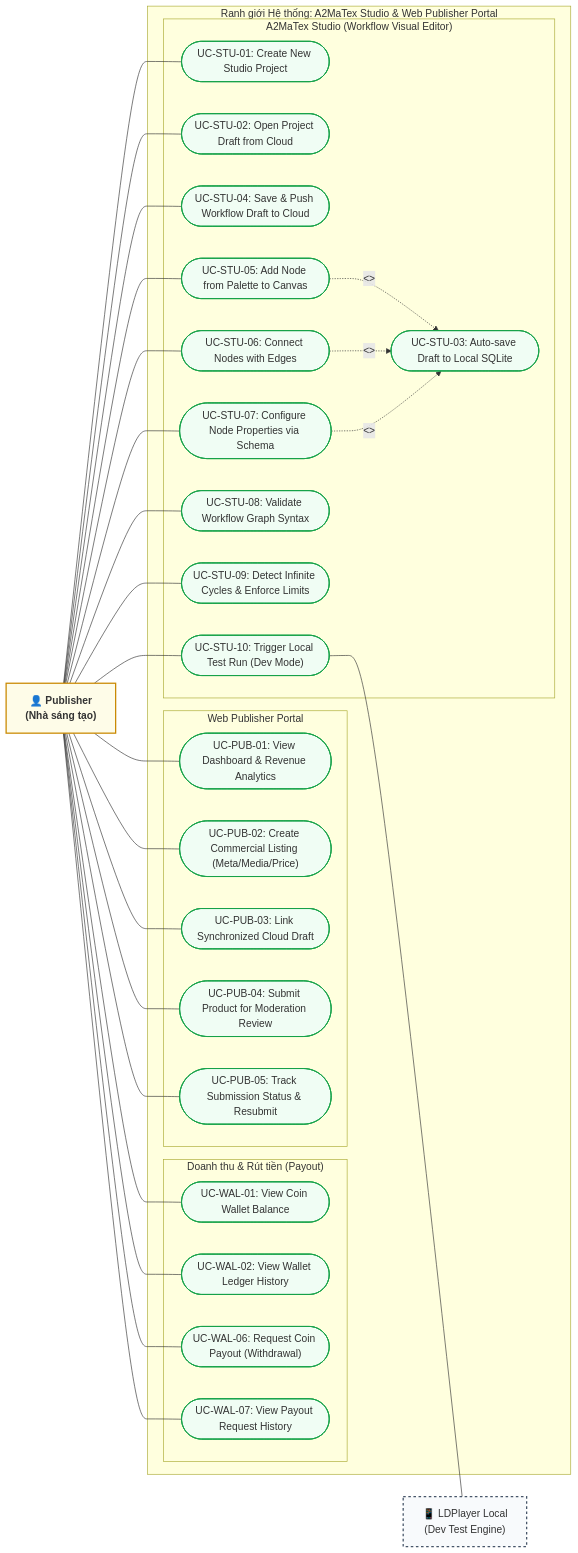
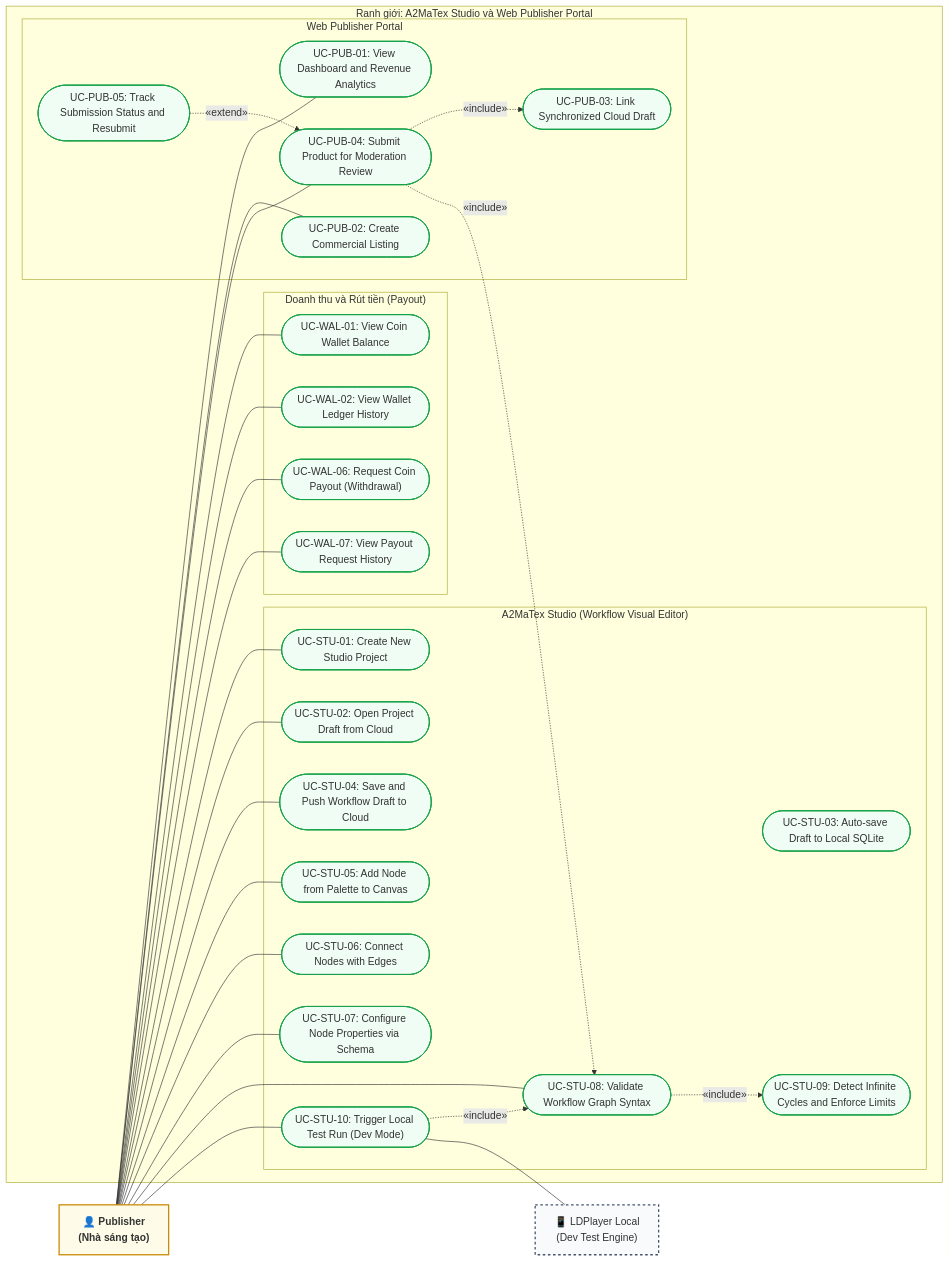
Before and after one commit to A2MaTex/a2matex-khuyentv-share: the fourth of 5 diagrams in A2MATEX_USE_CASE_ASSIGNMENT.md, drawn with Mermaid. The commit also changed other lines of this file and 1 other file, not shown here.

````diff
--- a/A2MATEX_USE_CASE_ASSIGNMENT.md
+++ b/A2MATEX_USE_CASE_ASSIGNMENT.md
@@ -171,65 +250,67 @@
 ```mermaid
 flowchart LR
     classDef actor fill:#fefce8,stroke:#ca8a04,stroke-width:2px,font-weight:bold;
     classDef usecase fill:#f0fdf4,stroke:#16a34a,stroke-width:1.5px;
     classDef external fill:#f8fafc,stroke:#475569,stroke-width:2px,stroke-dasharray: 4 4;
 
     Publisher["👤 Publisher<br>(Nhà sáng tạo)"]:::actor
     LDPlayerDev["📱 LDPlayer Local<br>(Dev Test Engine)"]:::external
 
-    subgraph Boundary_Publisher["Ranh giới Hệ thống: A2MaTex Studio & Web Publisher Portal"]
-        subgraph Group_Pub_Wallet["Doanh thu & Rút tiền (Payout)"]
+    subgraph Boundary_Publisher["Ranh giới: A2MaTex Studio và Web Publisher Portal"]
+        subgraph Group_Pub_Wallet["Doanh thu và Rút tiền (Payout)"]
             UC_WAL_01(["UC-WAL-01: View Coin Wallet Balance"]):::usecase
             UC_WAL_02(["UC-WAL-02: View Wallet Ledger History"]):::usecase
             UC_WAL_06(["UC-WAL-06: Request Coin Payout (Withdrawal)"]):::usecase
             UC_WAL_07(["UC-WAL-07: View Payout Request History"]):::usecase
         end
 
         subgraph Group_Pub_Web["Web Publisher Portal"]
-            UC_PUB_01(["UC-PUB-01: View Dashboard & Revenue Analytics"]):::usecase
-            UC_PUB_02(["UC-PUB-02: Create Commercial Listing (Meta/Media/Price)"]):::usecase
+            UC_PUB_01(["UC-PUB-01: View Dashboard and Revenue Analytics"]):::usecase
+            UC_PUB_02(["UC-PUB-02: Create Commercial Listing"]):::usecase
             UC_PUB_03(["UC-PUB-03: Link Synchronized Cloud Draft"]):::usecase
             UC_PUB_04(["UC-PUB-04: Submit Product for Moderation Review"]):::usecase
-            UC_PUB_05(["UC-PUB-05: Track Submission Status & Resubmit"]):::usecase
+            UC_PUB_05(["UC-PUB-05: Track Submission Status and Resubmit"]):::usecase
         end
 
         subgraph Group_Pub_Studio["A2MaTex Studio (Workflow Visual Editor)"]
             UC_STU_01(["UC-STU-01: Create New Studio Project"]):::usecase
             UC_STU_02(["UC-STU-02: Open Project Draft from Cloud"]):::usecase
             UC_STU_03(["UC-STU-03: Auto-save Draft to Local SQLite"]):::usecase
-            UC_STU_04(["UC-STU-04: Save & Push Workflow Draft to Cloud"]):::usecase
+            UC_STU_04(["UC-STU-04: Save and Push Workflow Draft to Cloud"]):::usecase
             UC_STU_05(["UC-STU-05: Add Node from Palette to Canvas"]):::usecase
             UC_STU_06(["UC-STU-06: Connect Nodes with Edges"]):::usecase
             UC_STU_07(["UC-STU-07: Configure Node Properties via Schema"]):::usecase
             UC_STU_08(["UC-STU-08: Validate Workflow Graph Syntax"]):::usecase
-            UC_STU_09(["UC-STU-09: Detect Infinite Cycles & Enforce Limits"]):::usecase
+            UC_STU_09(["UC-STU-09: Detect Infinite Cycles and Enforce Limits"]):::usecase
             UC_STU_10(["UC-STU-10: Trigger Local Test Run (Dev Mode)"]):::usecase
         end
     end
 
+    %% Publisher Direct Interactions
     Publisher --- UC_WAL_01
     Publisher --- UC_WAL_02
     Publisher --- UC_WAL_06
     Publisher --- UC_WAL_07
 
     Publisher --- UC_PUB_01
     Publisher --- UC_PUB_02
-    Publisher --- UC_PUB_03
     Publisher --- UC_PUB_04
-    Publisher --- UC_PUB_05
 
     Publisher --- UC_STU_01
     Publisher --- UC_STU_02
     Publisher --- UC_STU_04
     Publisher --- UC_STU_05
     Publisher --- UC_STU_06
     Publisher --- UC_STU_07
     Publisher --- UC_STU_08
-    Publisher --- UC_STU_09
     Publisher --- UC_STU_10
 
-    UC_STU_05 -.->|<<include>>| UC_STU_03
-    UC_STU_06 -.->|<<include>>| UC_STU_03
-    UC_STU_07 -.->|<<include>>| UC_STU_03
+    %% Standardized UML Relationships
+    UC_PUB_04 -.->|«include»| UC_PUB_03
+    UC_PUB_04 -.->|«include»| UC_STU_08
+    UC_STU_08 -.->|«include»| UC_STU_09
+    UC_STU_10 -.->|«include»| UC_STU_08
+    UC_PUB_05 -.->|«extend»| UC_PUB_04
+
     UC_STU_10 --- LDPlayerDev
 ```
````
